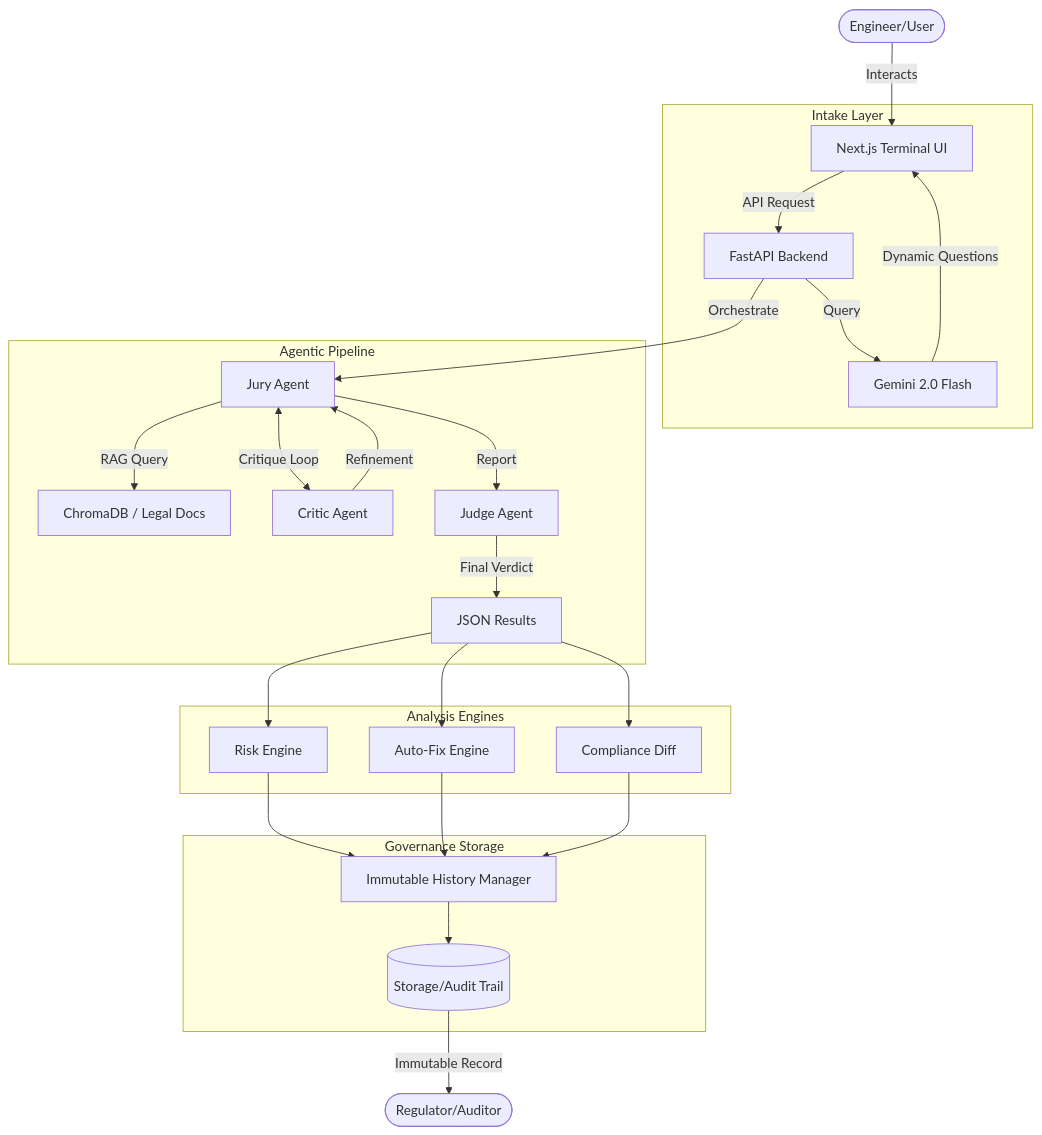
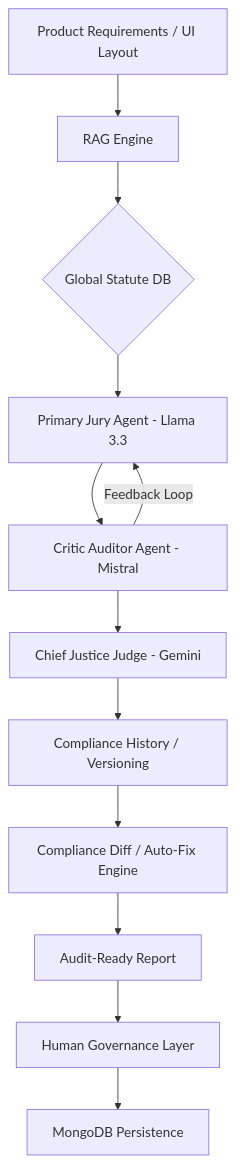
Before and after one commit to Mayank-Rohira/JurAI: the diagram in README.md, drawn with Mermaid. The commit also changed other lines of this file, not shown here.

Commit message:
docs: finalize professional interview-ready README.md

````diff
--- a/README.md
+++ b/README.md
@@ -115,32 +41,14 @@
 ```mermaid
 graph TD
-    User([Engineer/User]) -->|Interacts| UI[Next.js Terminal UI]
-    UI -->|API Request| Backend[FastAPI Backend]
-    
-    subgraph "Intake Layer"
-        Backend -->|Query| Gemini[Gemini 2.0 Flash]
-        Gemini -->|Dynamic Questions| UI
-    end
-
-    subgraph "Agentic Pipeline"
-        Backend -->|Orchestrate| Jury[Jury Agent]
-        Jury -->|RAG Query| Chroma[ChromaDB / Legal Docs]
-        Jury <-->|Critique Loop| Critic[Critic Agent]
-        Critic -->|Refinement| Jury
-        Jury -->|Report| Judge[Judge Agent]
-        Judge -->|Final Verdict| Results[JSON Results]
-    end
-
-    subgraph "Analysis Engines"
-        Results --> Risk[Risk Engine]
-        Results --> Fix[Auto-Fix Engine]
-        Results --> Diff[Compliance Diff]
-    end
-
-    subgraph "Governance Storage"
-        Risk & Fix & Diff --> History[Immutable History Manager]
-        History --> Storage[(Storage/Audit Trail)]
-    end
-    
-    Storage -->|Immutable Record| Auditor([Regulator/Auditor])
+    A[Product Requirements / UI Layout] --> B[RAG Engine]
+    B --> C{Global Statute DB}
+    C --> D[Primary Jury Agent - Llama 3.3]
+    D --> E[Critic Auditor Agent - Mistral]
+    E -- Feedback Loop --> D
+    E --> F[Chief Justice Judge - Gemini]
+    F --> G[Compliance History / Versioning]
+    G --> H[Compliance Diff / Auto-Fix Engine]
+    H --> I[Audit-Ready Report]
+    I --> J[Human Governance Layer]
+    J --> K[MongoDB Persistence]
 ```
````
